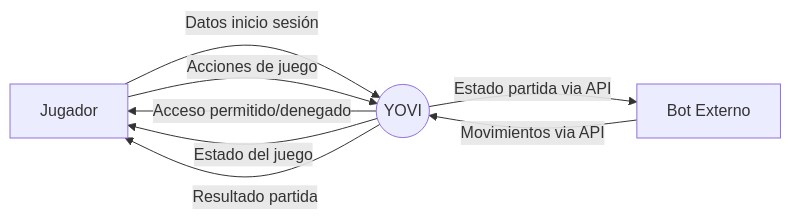
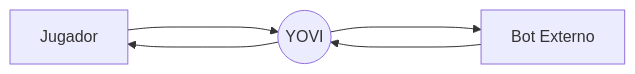
The first of 2 diagrams in docs/src/03_context_and_scope.adoc (Arquisoft/yovi_es5c), drawn with Mermaid before and after one commit.

Commit message:
Simplificación contexto de negocio
Se ha modificado el diagrama de contexto de negocio para que sea más simple. Correspondiente al punto 3 de la documentación.

```diff
--- a/docs/src/03_context_and_scope.adoc
+++ b/docs/src/03_context_and_scope.adoc
@@ -7,12 +7,11 @@
 [mermaid, "business-context", png]
 ----
 flowchart LR
-    Jugador["Jugador"] -- Datos inicio sesión --> YOVI(("YOVI"))
-    Jugador -- Acciones de juego --> YOVI
-    Bot["Bot Externo"] -- Movimientos via API --> YOVI
+    Jugador["Jugador"] ----> YOVI(("YOVI"))
     
-    YOVI -- Acceso permitido/denegado --> Jugador
-    YOVI -- Estado del juego --> Jugador
-    YOVI -- Resultado partida --> Jugador
-    YOVI -- Estado partida via API --> Bot
+    Bot["Bot Externo"] ----> YOVI
+    
+    YOVI ----> Jugador
+
+    YOVI ----> Bot
 ----
```
